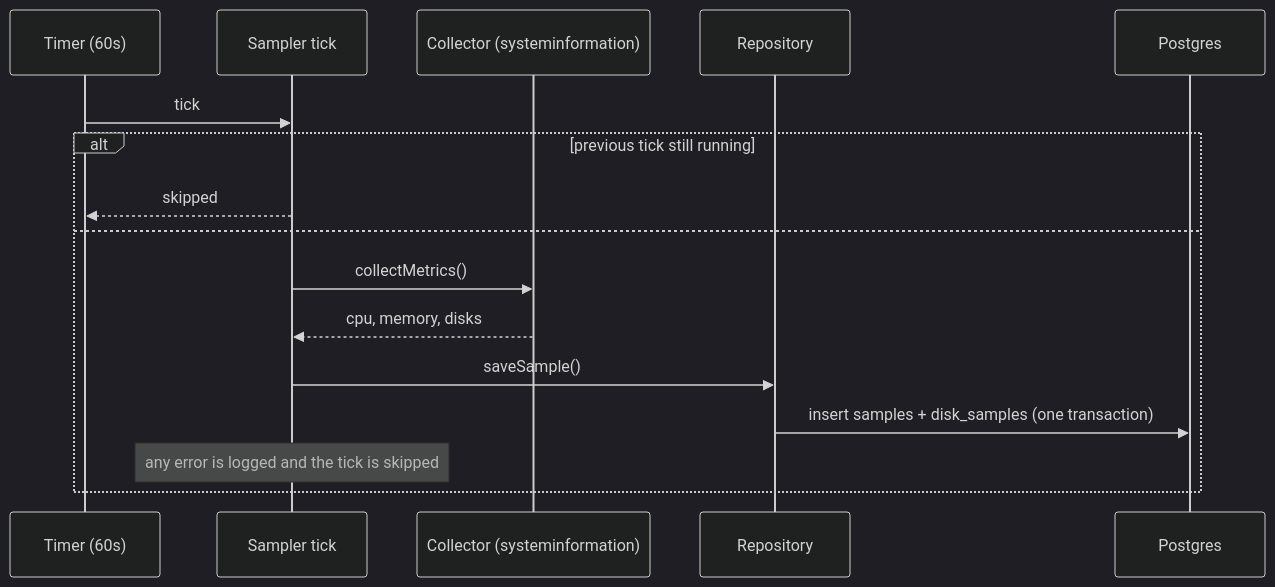
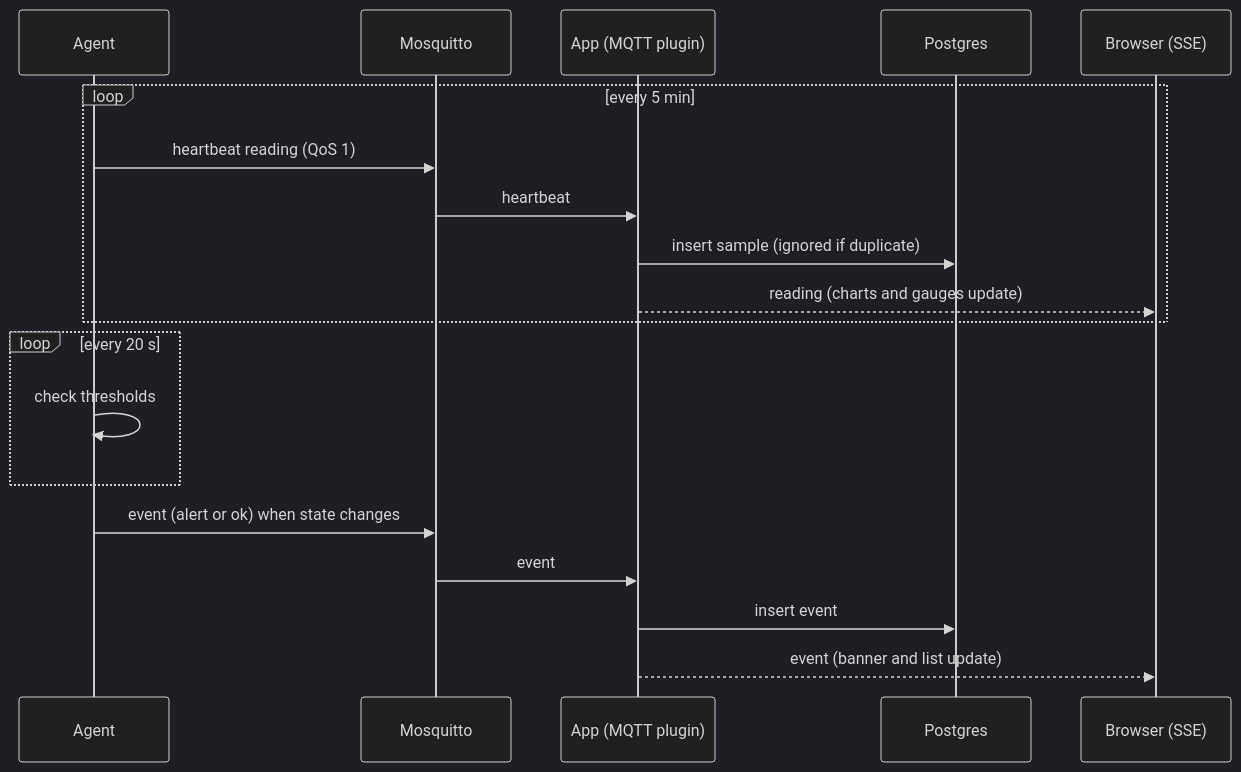
One commit to TryYourIdeas/get-server-metrics changed the first of 2 diagrams in docs/user-guides/manual.md. Above: the diagram before and after it, drawn with Mermaid (dark theme). The commit also changed other lines of this file and 4 other files, not shown here.

````diff
--- a/docs/user-guides/manual.md
+++ b/docs/user-guides/manual.md
@@ -37,18 +52,21 @@
 ```mermaid
 sequenceDiagram
-  participant T as Timer (60s)
-  participant S as Sampler tick
-  participant C as Collector (systeminformation)
-  participant R as Repository
+  participant A as Agent
+  participant M as Mosquitto
+  participant S as App (MQTT plugin)
   participant DB as Postgres
-  T->>S: tick
-  alt previous tick still running
-    S-->>T: skipped
-  else
-    S->>C: collectMetrics()
-    C-->>S: cpu, memory, disks
-    S->>R: saveSample()
-    R->>DB: insert samples + disk_samples (one transaction)
-    Note over S: any error is logged and the tick is skipped
+  participant B as Browser (SSE)
+  loop every 5 min
+    A->>M: heartbeat reading (QoS 1)
+    M->>S: heartbeat
+    S->>DB: insert sample (ignored if duplicate)
+    S-->>B: reading (charts and gauges update)
   end
+  loop every 20 s
+    A->>A: check thresholds
+  end
+  A->>M: event (alert or ok) when state changes
+  M->>S: event
+  S->>DB: insert event
+  S-->>B: event (banner and list update)
 ```
````
